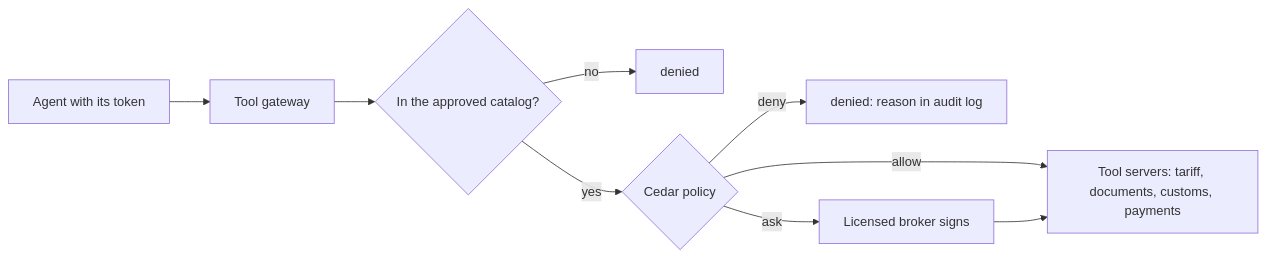
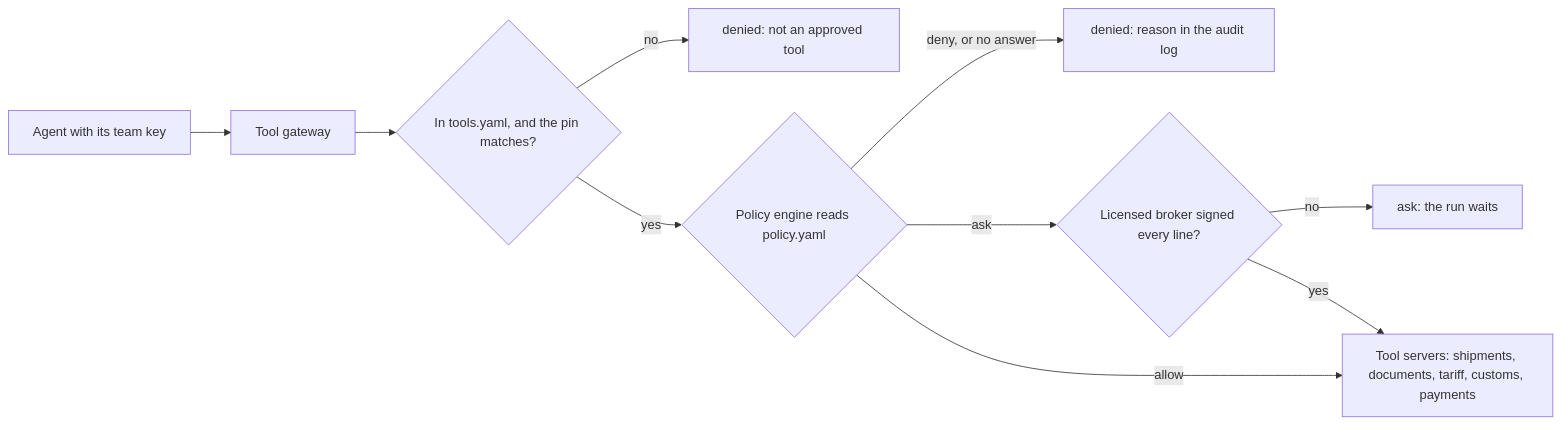
One commit to learnwithparam/agentic-architecture changed the diagram in parts/02-police-tool-calls/README.md. Above: the diagram before and after it, drawn with Mermaid. The commit also changed other lines of this file and 3 other files, not shown here.

````diff
--- a/parts/02-police-tool-calls/README.md
+++ b/parts/02-police-tool-calls/README.md
@@ -21,11 +22,12 @@
 ```mermaid
 flowchart LR
-  A[Agent with its token] --> TG[Tool gateway]
-  TG --> CAT{In the approved catalog?}
-  CAT -->|no| D1[denied]
-  CAT -->|yes| POL{Cedar policy}
-  POL -->|deny| D2[denied: reason in audit log]
-  POL -->|ask| BR[Licensed broker signs]
-  POL -->|allow| S[Tool servers: tariff, documents, customs, payments]
-  BR --> S
+  A[Agent with its team key] --> TG[Tool gateway]
+  TG --> CAT{In tools.yaml, and the pin matches?}
+  CAT -->|no| D1[denied: not an approved tool]
+  CAT -->|yes| POL{Policy engine reads policy.yaml}
+  POL -->|deny, or no answer| D2[denied: reason in the audit log]
+  POL -->|ask| BR{Licensed broker signed every line?}
+  BR -->|no| W[ask: the run waits]
+  BR -->|yes| S
+  POL -->|allow| S[Tool servers: shipments, documents, tariff, customs, payments]
 ```
````
